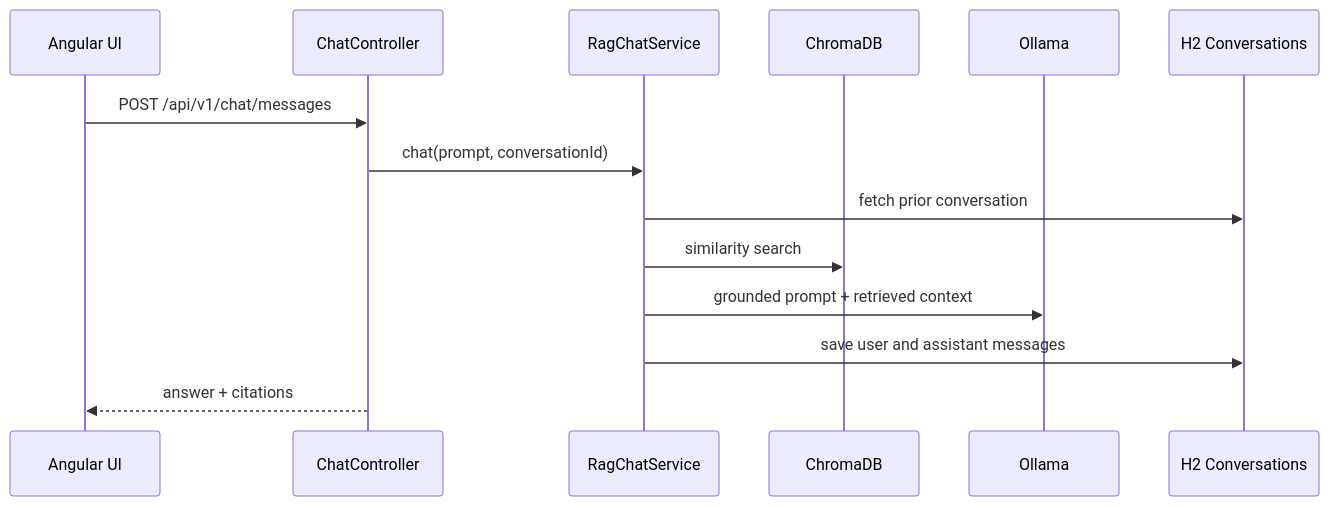
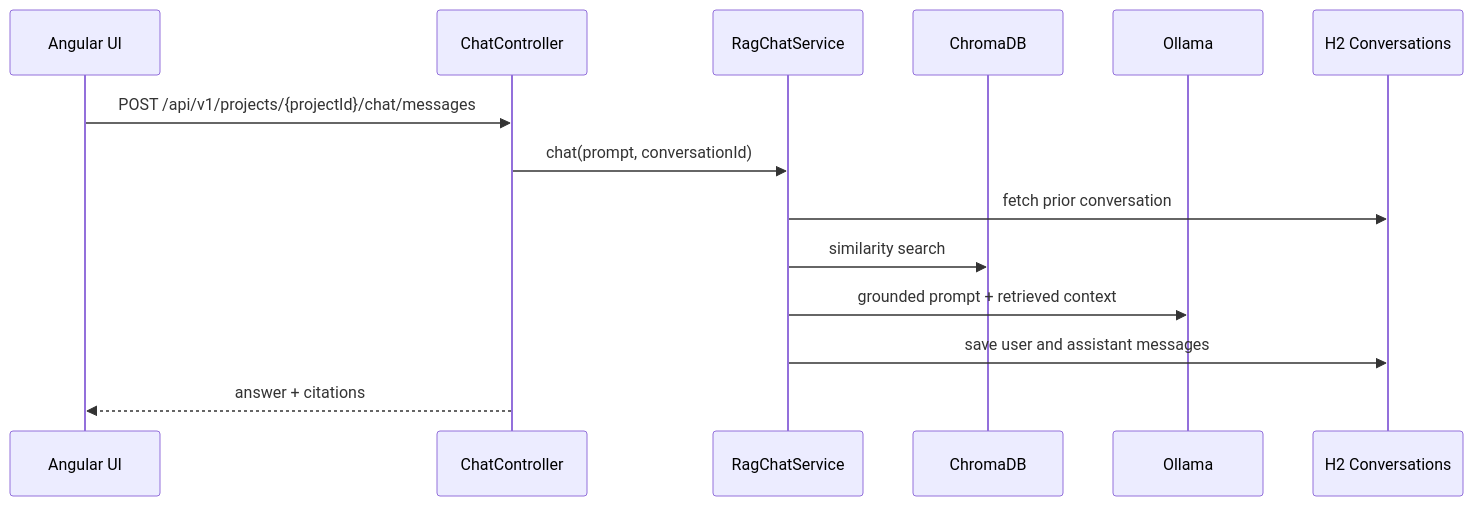
The third of 3 diagrams in README.md (Aeontanvir/document-rag-using-spring-ai-and-angular), drawn with Mermaid before and after one commit. The commit also changed other lines of this file and 23 other files, not shown here.

````diff
--- a/README.md
+++ b/README.md
@@ -88,17 +92,17 @@
 ```mermaid
 sequenceDiagram
     participant UI as Angular UI
     participant API as ChatController
     participant Rag as RagChatService
     participant Chroma as ChromaDB
     participant Ollama as Ollama
     participant H2 as H2 Conversations
 
-    UI->>API: POST /api/v1/chat/messages
+    UI->>API: POST /api/v1/projects/{projectId}/chat/messages
     API->>Rag: chat(prompt, conversationId)
     Rag->>H2: fetch prior conversation
     Rag->>Chroma: similarity search
     Rag->>Ollama: grounded prompt + retrieved context
     Rag->>H2: save user and assistant messages
     API-->>UI: answer + citations
 ```
````
